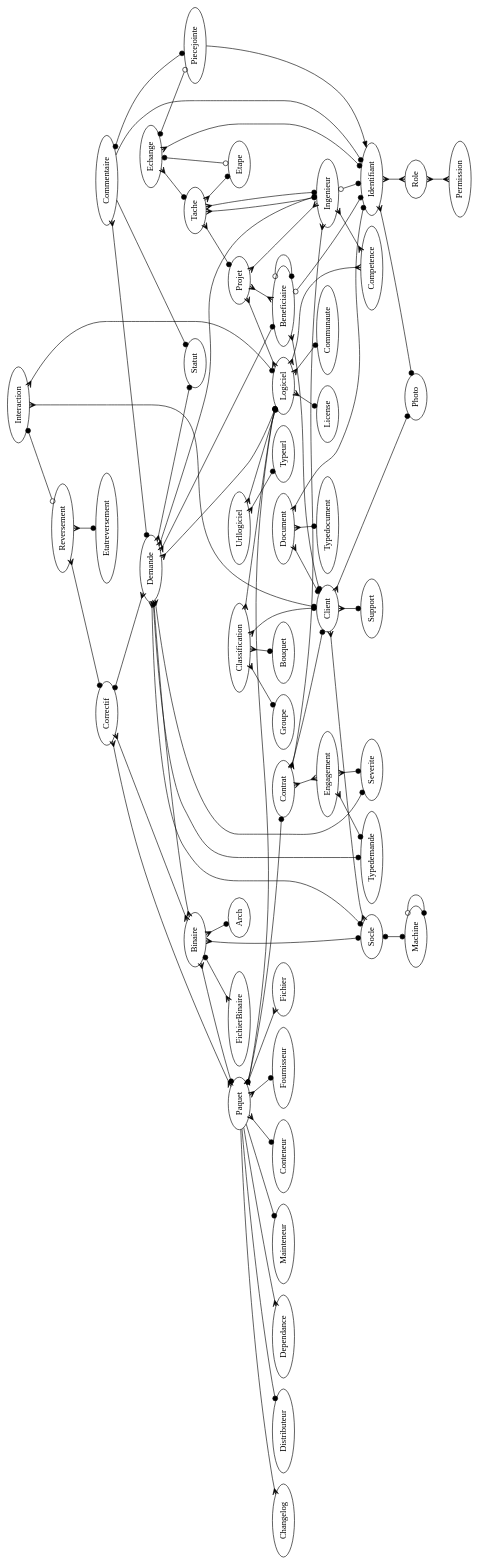
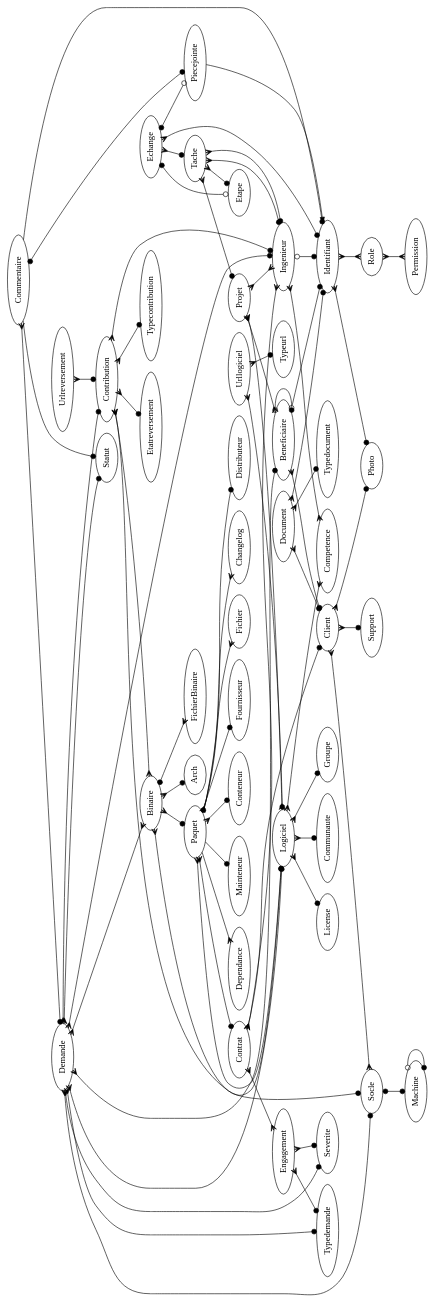
Before and after one commit to trivoallan/tosca: the diagram in doc/modele_donnee.dot, drawn with Graphviz. The commit also changed 1 other file, not shown here.

```diff
--- a/doc/modele_donnee.dot
+++ b/doc/modele_donnee.dot
@@ -1,85 +1,81 @@
 digraph x {
 
 rotate=90;
 
 Binaire -> Paquet [arrowhead=dot,arrowtail=crow,dir=both]
 Binaire -> Socle [arrowhead=dot,dir=both,arrowtail=crow]
 Binaire -> Arch [arrowhead=dot,dir=both,arrowtail=crow]
 Binaire -> FichierBinaire [arrowhead=crow,dir=both,arrowtail=dot]
 
 Beneficiaire -> Identifiant [arrowhead=dot,arrowtail=odot,dir=both]
 Beneficiaire -> Client [arrowhead=dot,dir=both,arrowtail=crow]
 Beneficiaire -> Beneficiaire [arrowhead=dot,arrowtail=odot,dir=both]
-Classification -> Logiciel [arrowhead=dot,dir=both,arrowtail=crow]
-Classification -> Groupe [arrowhead=dot,dir=both,arrowtail=crow]
-Classification -> Client [arrowhead=dot,dir=both,arrowtail=crow]
-Classification -> Bouquet [arrowhead=dot,dir=both,arrowtail=crow]
 Client -> Photo [arrowhead=dot,dir=both,arrowtail=crow]
 Client -> Support [arrowhead=dot,dir=both,arrowtail=crow]
 Client -> Socle [arrowhead=crow,dir=both,arrowtail=crow]
 Commentaire -> Demande [arrowhead=dot,dir=both,arrowtail=crow]
 Commentaire -> Identifiant [arrowhead=dot]
 Commentaire -> Piecejointe [arrowhead=dot,dir=both,arrowtail=dot]
 Commentaire -> Statut [arrowhead=dot]
 Contrat -> Client [arrowhead=dot,dir=both,arrowtail=crow]
 Contrat -> Ingenieur [arrowhead=crow,arrowtail=crow,dir=both]
 Contrat -> Engagement [arrowhead=crow,arrowtail=crow,dir=both]
-Correctif -> Demande [arrowhead=crow,arrowtail=dot,dir=both]
-Correctif -> Binaire [arrowhead=crow,arrowtail=crow,dir=both]
-Correctif -> Paquet  [arrowhead=crow,arrowtail=crow,dir=both]
 Identifiant -> Photo [arrowhead=dot,dir=both,arrowtail=crow]
 Identifiant -> Role [arrowhead=crow,arrowtail=crow,dir=both]
 Ingenieur -> Competence [arrowhead=crow,arrowtail=crow,dir=both]
 Ingenieur -> Identifiant [arrowhead=dot,arrowtail=odot,dir=both]
 Logiciel -> Competence [arrowhead=crow,arrowtail=crow,dir=both]
 Logiciel -> License [arrowhead=dot,dir=both,arrowtail=crow]
 Logiciel -> Communaute [arrowhead=dot,dir=both,arrowtail=crow]
+Logiciel -> Groupe [arrowhead=dot,dir=both,arrowtail=crow]
 Paquet -> Logiciel [arrowhead=dot,dir=both,arrowtail=crow]
 Paquet -> Fournisseur [arrowhead=dot,dir=both,arrowtail=crow]
 Paquet -> Fichier [arrowhead=crow,dir=both,arrowtail=dot]
 Paquet -> Contrat [arrowhead=dot,dir=both,arrowtail=crow]
 Paquet -> Changelog [arrowhead=crow]
 Paquet -> Distributeur [arrowhead=dot]
 Paquet -> Dependance [arrowhead=crow]
 Paquet -> Mainteneur [arrowhead=dot]
 Paquet -> Conteneur [arrowhead=dot,dir=both,arrowtail=crow]
 Socle -> Machine [arrowhead=dot,dir=both,arrowtail=dot]
 Machine -> Machine [arrowhead=dot,dir=both,arrowtail=odot]
 Demande -> Typedemande [arrowhead=dot,dir=both,arrowtail=crow]
 Demande -> Logiciel [arrowhead=dot,dir=both,arrowtail=crow]
 Demande -> Severite [arrowhead=dot,dir=both,arrowtail=crow]
 Demande -> Beneficiaire [arrowhead=dot,dir=both,arrowtail=crow]
 Demande -> Socle [arrowhead=dot,dir=both,arrowtail=crow]
 Demande -> Statut [arrowhead=dot,dir=both,arrowtail=crow]
 Demande -> Ingenieur [arrowhead=dot,dir=both,arrowtail=crow]
 Demande -> Binaire [arrowhead=crow,arrowtail=crow,dir=both]
 Urllogiciel -> Logiciel [arrowhead=dot,dir=both,arrowtail=crow]
 Urllogiciel -> Typeurl [arrowhead=dot,dir=both,arrowtail=crow]
 Engagement -> Severite [arrowhead=dot,dir=both,arrowtail=crow]
 Engagement -> Typedemande [arrowhead=dot,dir=both,arrowtail=crow]
 Role -> Permission [arrowhead=crow,arrowtail=crow,dir=both]
-Reversement -> Correctif [arrowhead=dot,dir=both,arrowtail=crow]
-Reversement -> Etatreversement [arrowhead=dot,dir=both,arrowtail=crow]
+Contribution -> Binaire [arrowhead=crow,arrowtail=crow,dir=both]
+Urlreversement -> Contribution [arrowhead=dot,dir=both,arrowtail=crow]
+Demande -> Contribution [arrowhead=dot,dir=both,arrowtail=crow]
+Contribution -> Etatreversement [arrowhead=dot,dir=both,arrowtail=crow]
+Contribution -> Typecontribution [arrowhead=dot,dir=both,arrowtail=crow]
+Contribution -> Logiciel [arrowhead=dot,dir=both,arrowtail=crow]
+Contribution -> Ingenieur [arrowhead=dot,dir=both,arrowtail=crow]
 Piecejointe -> Identifiant [arrowtail=crow]
 Document -> Client [arrowhead=dot,dir=both,arrowtail=crow]
 Document -> Typedocument [arrowhead=dot,dir=both,arrowtail=crow]
 Document -> Identifiant [arrowhead=dot,dir=both,arrowtail=crow]
-Interaction -> Logiciel [arrowhead=dot,dir=both,arrowtail=crow]
-Interaction -> Client [arrowhead=dot,dir=both,arrowtail=crow]
-Interaction -> Reversement [arrowhead=odot,dir=both,arrowtail=dot]
 
 Tache -> Ingenieur [arrowhead=dot,dir=both,arrowtail=crow]
 Tache -> Ingenieur [arrowhead=dot,dir=both,arrowtail=crow]
 Tache -> Projet [arrowhead=dot,dir=both,arrowtail=crow]
 Tache -> Etape [arrowhead=dot,dir=both,arrowtail=crow]
 
 Projet -> Logiciel [arrowhead=crow,dir=both,arrowtail=crow]
 Projet -> Beneficiaire [arrowhead=crow,dir=both,arrowtail=crow]
 Projet -> Ingenieur [arrowhead=crow,dir=both,arrowtail=crow]
 
 Echange -> Tache [arrowhead=dot,dir=both,arrowtail=crow]
 Echange -> Identifiant [arrowhead=dot,dir=both,arrowtail=crow]
 Echange -> Piecejointe [arrowhead=odot,dir=both,arrowtail=dot]
 Echange -> Etape [arrowhead=odot,dir=both,arrowtail=dot]
 
 }
```
